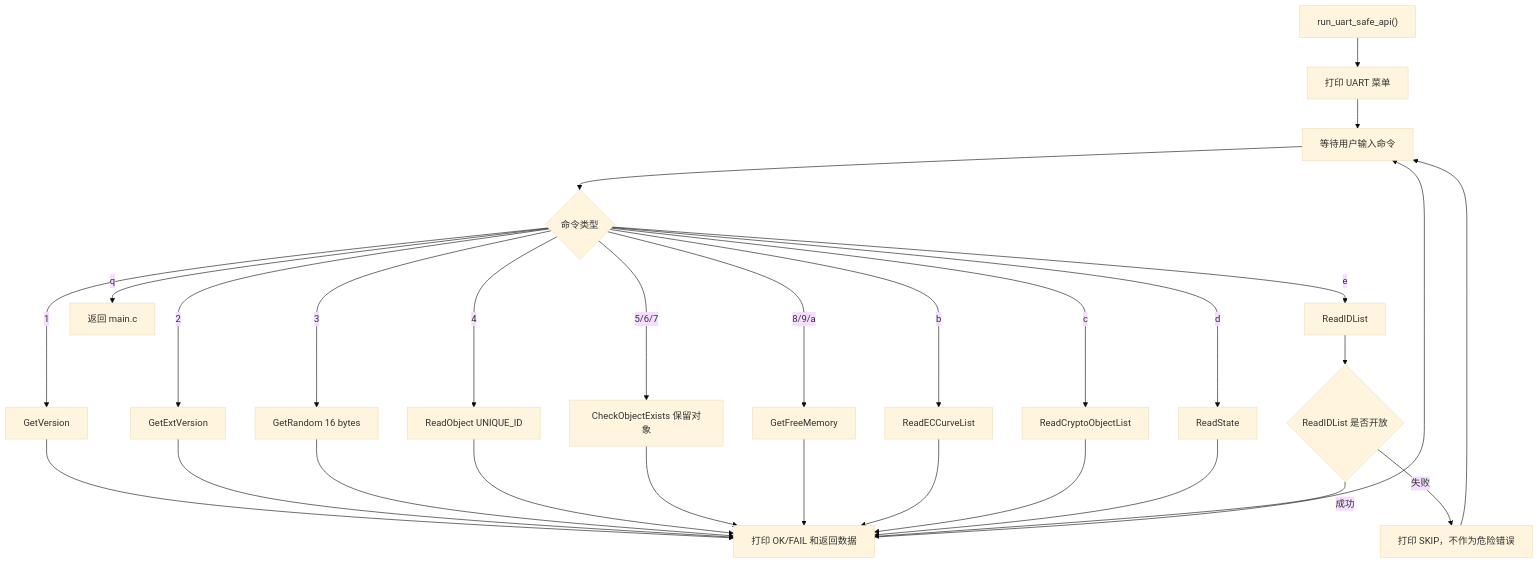
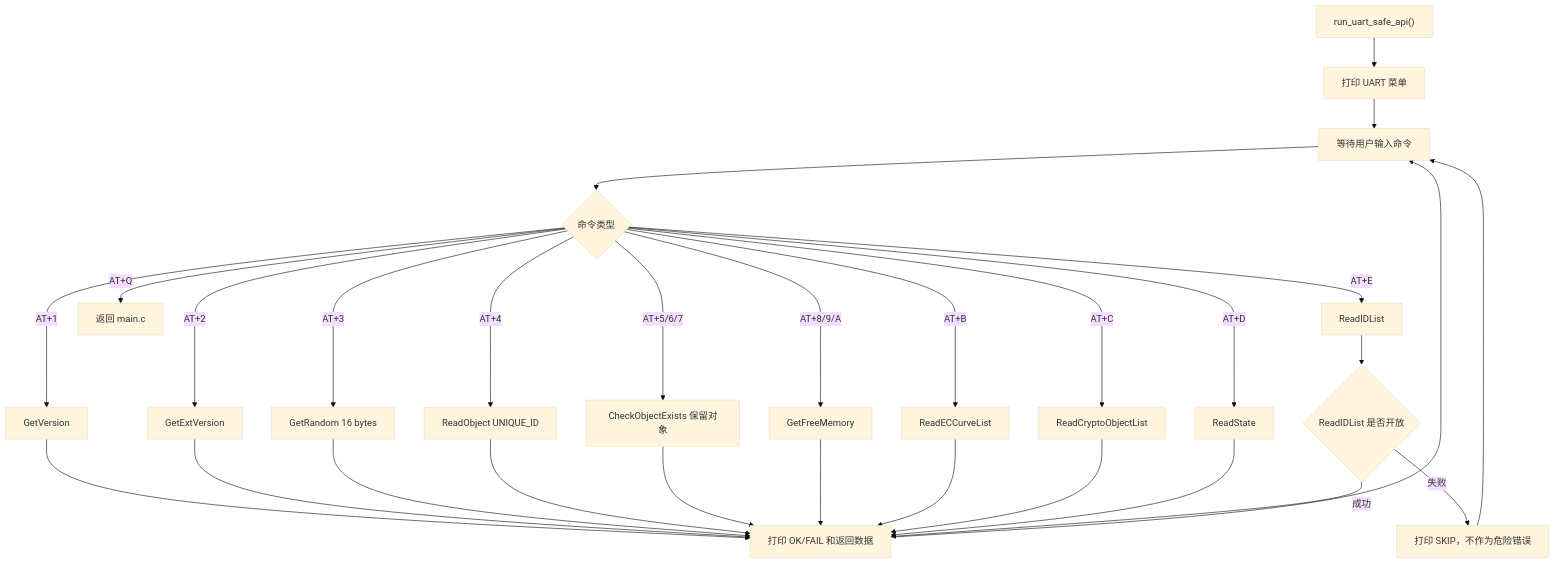
Before and after one commit to tianrking/nrf54lm20-se05x-ncs: the second of 13 diagrams in demo/README.md, drawn with Mermaid (base theme). The commit also changed other lines of this file and 2 other files, not shown here.

````diff
--- a/demo/README.md
+++ b/demo/README.md
@@ -129,31 +129,31 @@
 ```mermaid
 flowchart TD
     A["run_uart_safe_api()"] --> B["打印 UART 菜单"]
     B --> C["等待用户输入命令"]
     C --> D{"命令类型"}
-    D -->|1| E["GetVersion"]
-    D -->|2| F["GetExtVersion"]
-    D -->|3| G["GetRandom 16 bytes"]
-    D -->|4| H["ReadObject UNIQUE_ID"]
-    D -->|5/6/7| I["CheckObjectExists 保留对象"]
-    D -->|8/9/a| J["GetFreeMemory"]
-    D -->|b| K["ReadECCurveList"]
-    D -->|c| L["ReadCryptoObjectList"]
-    D -->|d| M["ReadState"]
-    D -->|e| N["ReadIDList"]
-    D -->|q| O["返回 main.c"]
+    D -->|AT+1| E["GetVersion"]
+    D -->|AT+2| F["GetExtVersion"]
+    D -->|AT+3| G["GetRandom 16 bytes"]
+    D -->|AT+4| H["ReadObject UNIQUE_ID"]
+    D -->|AT+5/6/7| I["CheckObjectExists 保留对象"]
+    D -->|AT+8/9/A| J["GetFreeMemory"]
+    D -->|AT+B| K["ReadECCurveList"]
+    D -->|AT+C| L["ReadCryptoObjectList"]
+    D -->|AT+D| M["ReadState"]
+    D -->|AT+E| N["ReadIDList"]
+    D -->|AT+Q| O["返回 main.c"]
     E --> P["打印 OK/FAIL 和返回数据"]
     F --> P
     G --> P
     H --> P
     I --> P
     J --> P
     K --> P
     L --> P
     M --> P
     N --> Q{"ReadIDList 是否开放"}
     Q -->|成功| P
     Q -->|失败| R["打印 SKIP，不作为危险错误"]
     P --> C
     R --> C
 ```
````
